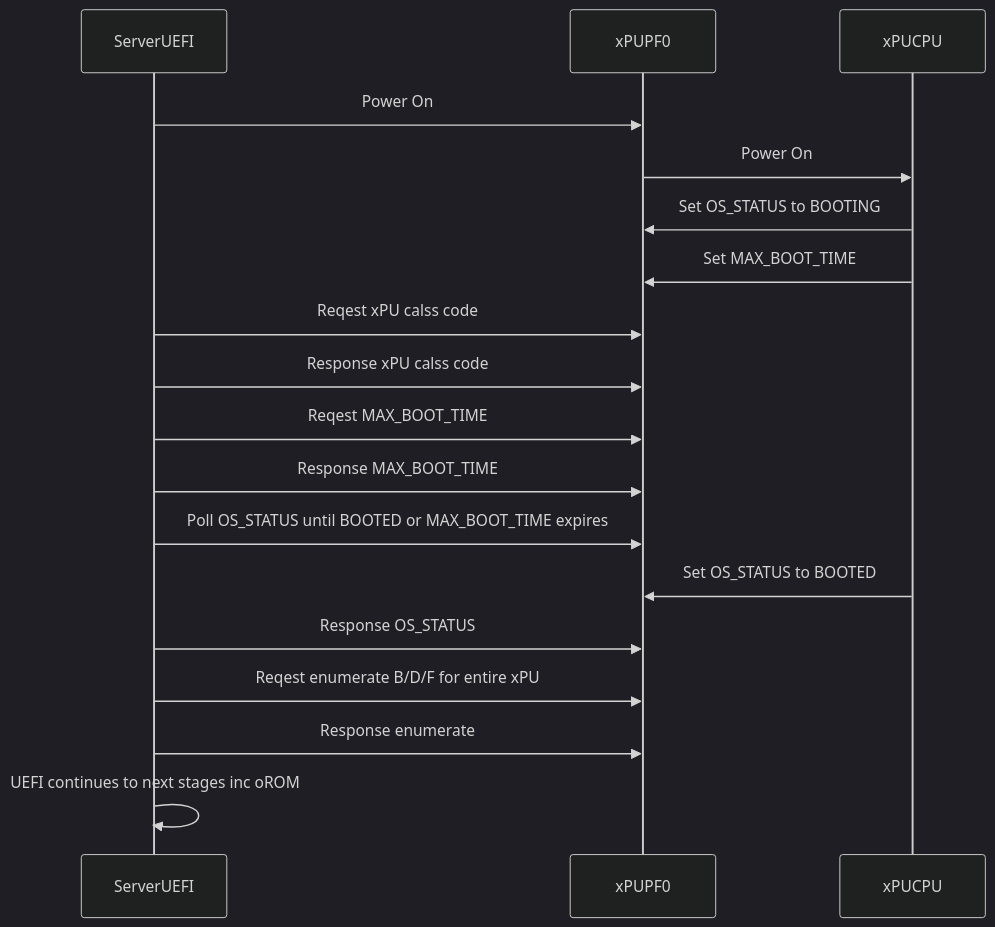
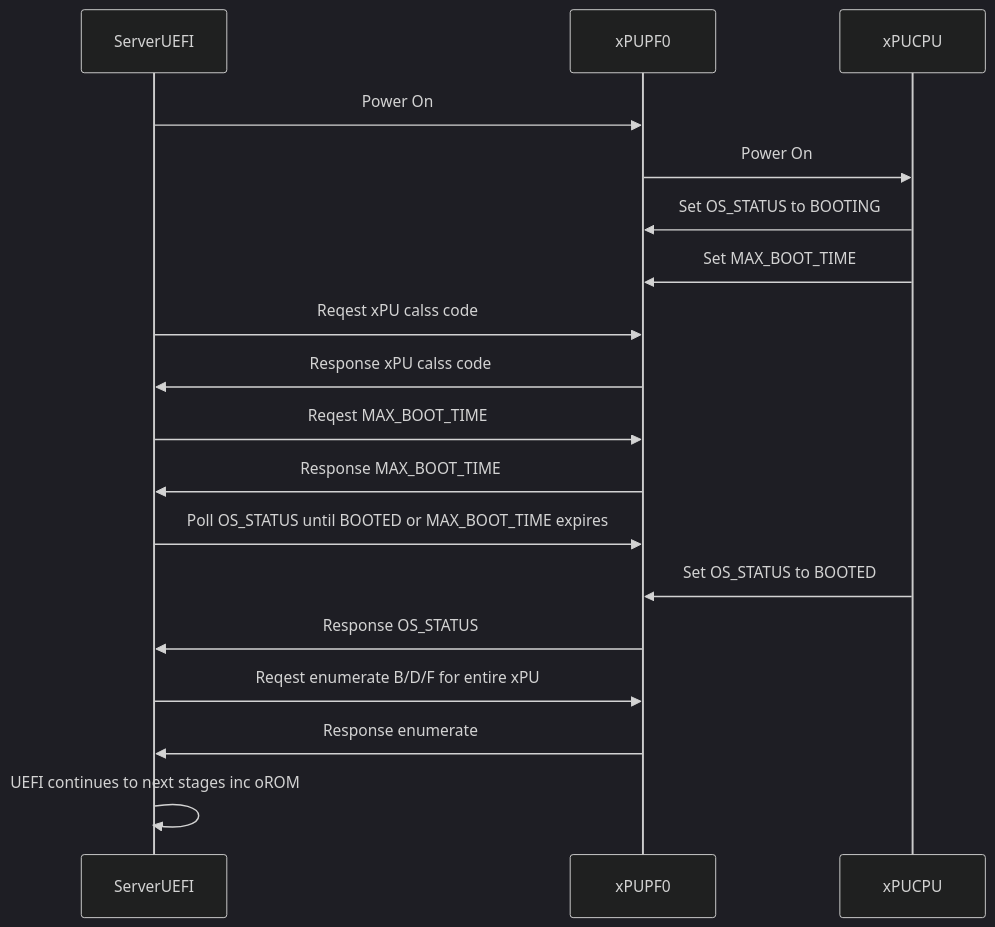
One commit to opiproject/opi-prov-life changed the first of 2 diagrams in COORDINATION.md. Above: the diagram before and after it, drawn with Mermaid (dark theme).

````diff
--- a/COORDINATION.md
+++ b/COORDINATION.md
@@ -45,20 +45,20 @@
 ```mermaid
 sequenceDiagram
     participant ServerUEFI
     participant xPUPF0
     participant xPUCPU
     ServerUEFI->>xPUPF0: Power On
     xPUPF0->>xPUCPU: Power On
     xPUCPU->>xPUPF0: Set OS_STATUS to BOOTING
     xPUCPU->>xPUPF0: Set MAX_BOOT_TIME
     ServerUEFI->>xPUPF0: Reqest xPU calss code
-    ServerUEFI->>xPUPF0: Response xPU calss code
+    xPUPF0->>ServerUEFI: Response xPU calss code
     ServerUEFI->>xPUPF0: Reqest MAX_BOOT_TIME
-    ServerUEFI->>xPUPF0: Response MAX_BOOT_TIME
+    xPUPF0->>ServerUEFI: Response MAX_BOOT_TIME
     ServerUEFI->>xPUPF0: Poll OS_STATUS until BOOTED or MAX_BOOT_TIME expires
     xPUCPU->>xPUPF0: Set OS_STATUS to BOOTED
-    ServerUEFI->>xPUPF0: Response OS_STATUS
+    xPUPF0->>ServerUEFI: Response OS_STATUS
     ServerUEFI->>xPUPF0: Reqest enumerate B/D/F for entire xPU
-    ServerUEFI->>xPUPF0: Response enumerate
+    xPUPF0->>ServerUEFI: Response enumerate
     ServerUEFI->>ServerUEFI: UEFI continues to next stages inc oROM
 ```
````
